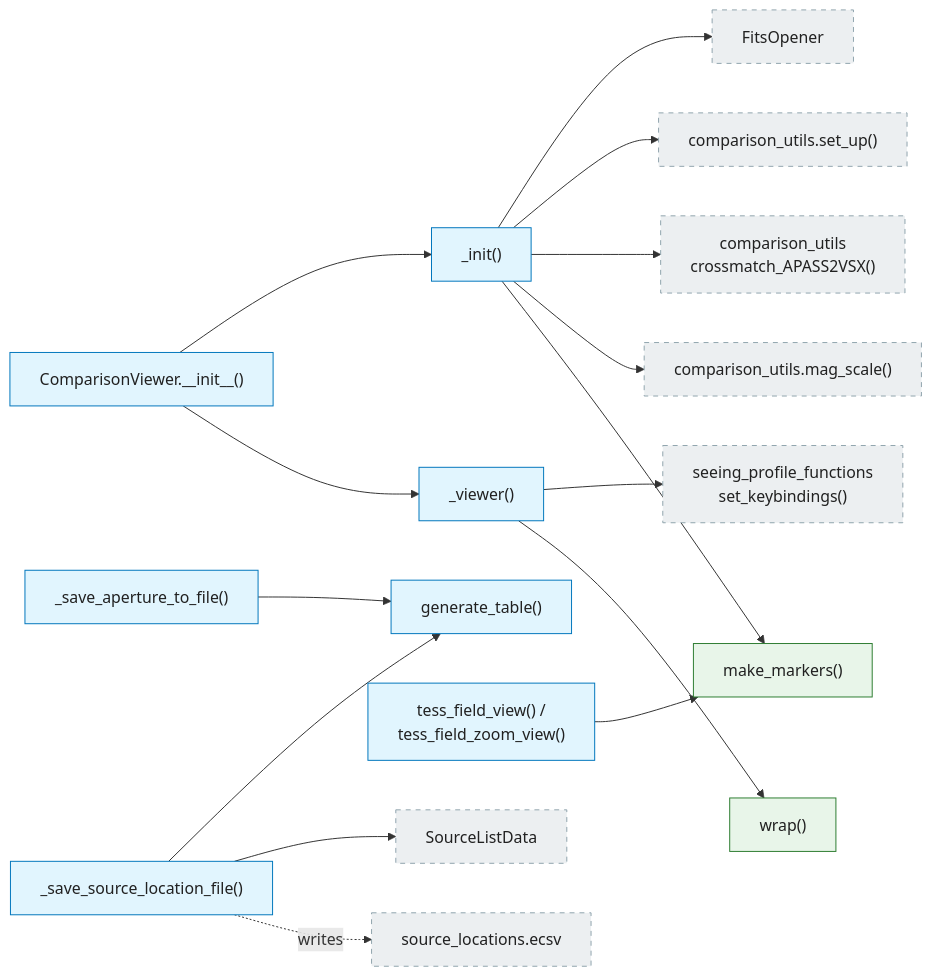
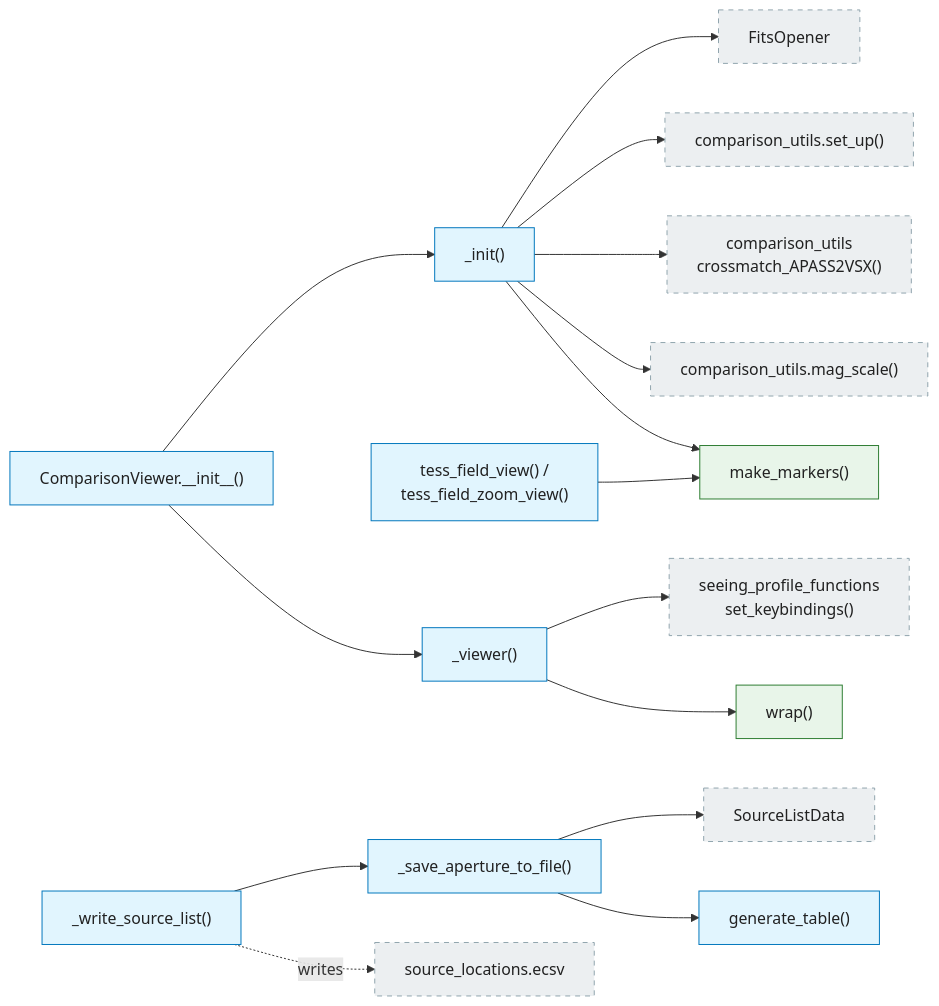
One commit to feder-observatory/stellarphot changed diagram 12 of 16 in docs/diagrams-04-call-graphs.md. Above: the diagram before and after it, drawn with Mermaid. The commit also changed 4 other files, not shown here.

First line of the commit message:
Ask whether to use an existing source list or generate one

````diff
--- a/docs/diagrams-04-call-graphs.md
+++ b/docs/diagrams-04-call-graphs.md
@@ -697,55 +697,55 @@
 ```mermaid
 flowchart LR
     classDef cls fill:#e1f5fe,stroke:#0277bd,color:#212121
     classDef fn fill:#e8f5e9,stroke:#2e7d32,color:#212121
     classDef external fill:#eceff1,stroke:#90a4ae,stroke-dasharray: 5 5,color:#212121
 
     cv_init["ComparisonViewer.__init__()"]:::cls
     cv_setup["_init()"]:::cls
     cv_viewer["_viewer()"]:::cls
     cv_table["generate_table()"]:::cls
-    cv_saveloc["_save_source_location_file()"]:::cls
+    cv_saveloc["_write_source_list()"]:::cls
     cv_saveap["_save_aperture_to_file()"]:::cls
     cv_tess["tess_field_view() /<br/>tess_field_zoom_view()"]:::cls
     markers["make_markers()"]:::fn
     wrapfn["wrap()"]:::fn
 
     fo["FitsOpener"]:::external
     setup_ext["comparison_utils.set_up()"]:::external
     xmatch_ext["comparison_utils<br/>crossmatch_APASS2VSX()"]:::external
     magscale_ext["comparison_utils.mag_scale()"]:::external
     keybind["seeing_profile_functions<br/>set_keybindings()"]:::external
     sld["SourceListData"]:::external
     locfile["source_locations.ecsv"]:::external
 
     cv_init --> cv_setup
     cv_init --> cv_viewer
     cv_setup --> fo
     cv_setup --> setup_ext
     cv_setup --> xmatch_ext
     cv_setup --> magscale_ext
     cv_setup --> markers
     cv_viewer --> keybind
     cv_viewer --> wrapfn
-    cv_saveloc --> cv_table
-    cv_saveloc --> sld
+    cv_saveloc --> cv_saveap
+    cv_saveap --> sld
     cv_saveloc -.->|"writes"| locfile
     cv_saveap --> cv_table
     cv_tess --> markers
 
     click cv_init href "../stellarphot/gui/comparison_functions.py" "comparison_functions.py"
     click cv_setup href "../stellarphot/gui/comparison_functions.py" "comparison_functions.py"
     click cv_viewer href "../stellarphot/gui/comparison_functions.py" "comparison_functions.py"
     click cv_table href "../stellarphot/gui/comparison_functions.py" "comparison_functions.py"
     click cv_saveloc href "../stellarphot/gui/comparison_functions.py" "comparison_functions.py"
     click cv_saveap href "../stellarphot/gui/comparison_functions.py" "comparison_functions.py"
     click cv_tess href "../stellarphot/gui/comparison_functions.py" "comparison_functions.py"
     click markers href "../stellarphot/gui/comparison_functions.py" "comparison_functions.py"
     click wrapfn href "../stellarphot/gui/comparison_functions.py" "comparison_functions.py"
     click fo href "../stellarphot/gui/fits_opener.py" "fits_opener.py"
     click setup_ext href "../stellarphot/utils/comparison_utils.py" "comparison_utils.py"
     click xmatch_ext href "../stellarphot/utils/comparison_utils.py" "comparison_utils.py"
     click magscale_ext href "../stellarphot/utils/comparison_utils.py" "comparison_utils.py"
     click keybind href "../stellarphot/gui/seeing_profile_functions.py" "seeing_profile_functions.py"
     click sld href "../stellarphot/core.py" "core.py"
 ```
````
